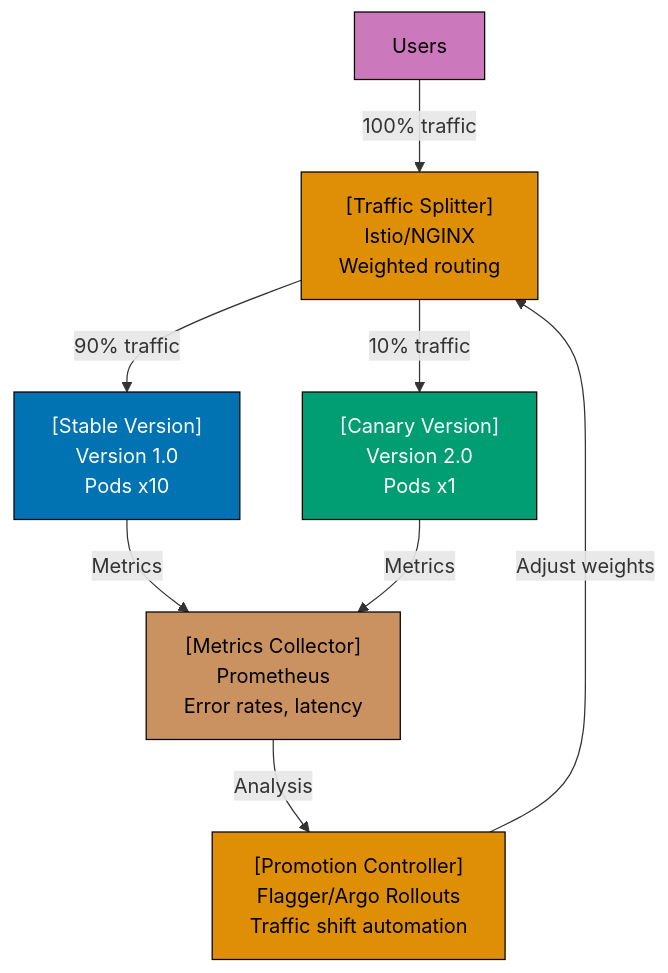
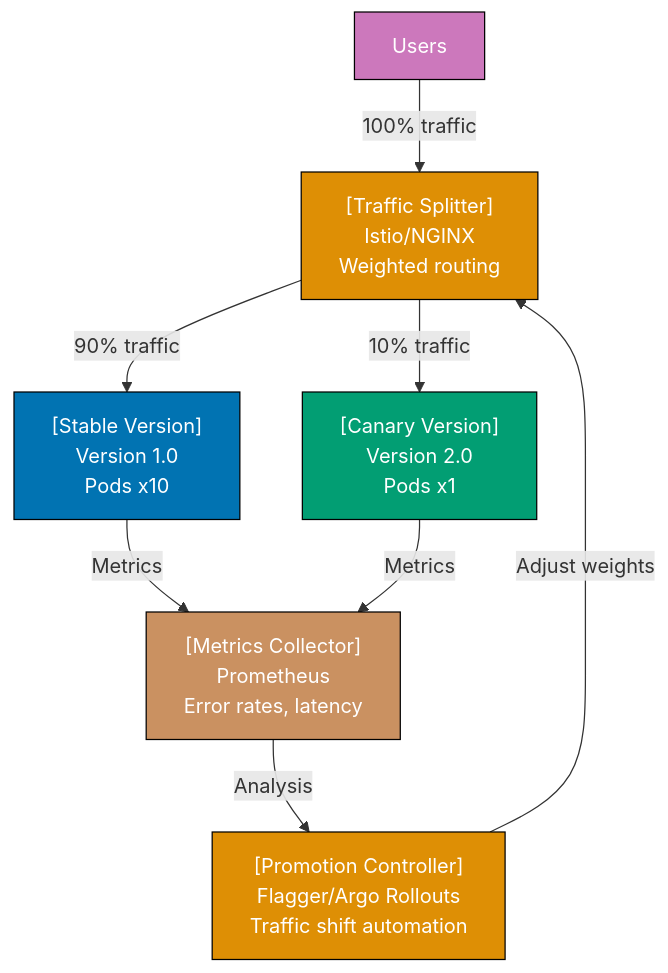
One commit to wahidyankf/open-sharia-enterprise changed diagram 12 of 30 in apps/ayokoding-web/content/en/learn/software-engineering/architecture/c4-architecture-model/by-example/intermediate.md. Above: the diagram before and after it, drawn with Mermaid. The commit also changed other lines of this file and 61 other files, not shown here.

First line of the commit message:
fix(ayokoding-web): quote Mermaid node labels with special characters in Example 63

````diff
--- a/apps/ayokoding-web/content/en/learn/software-engineering/architecture/c4-architecture-model/by-example/intermediate.md
+++ b/apps/ayokoding-web/content/en/learn/software-engineering/architecture/c4-architecture-model/by-example/intermediate.md
@@ -672,31 +672,31 @@
 ```mermaid
 graph TD
     Users["Users"]
 
     TrafficSplitter["[Traffic Splitter]<br/>Istio/NGINX<br/>Weighted routing"]
 
     StableVersion["[Stable Version]<br/>Version 1.0<br/>Pods x10"]
     CanaryVersion["[Canary Version]<br/>Version 2.0<br/>Pods x1"]
 
     MetricsCollector["[Metrics Collector]<br/>Prometheus<br/>Error rates, latency"]
 
     AutomatedPromotion["[Promotion Controller]<br/>Flagger/Argo Rollouts<br/>Traffic shift automation"]
 
     Users -->|100% traffic| TrafficSplitter
 
     TrafficSplitter -->|"90% traffic"| StableVersion
     TrafficSplitter -->|"10% traffic"| CanaryVersion
 
     StableVersion -->|Metrics| MetricsCollector
     CanaryVersion -->|Metrics| MetricsCollector
 
     MetricsCollector -->|"Analysis"| AutomatedPromotion
     AutomatedPromotion -->|"Adjust weights"| TrafficSplitter
 
-    style Users fill:#CC78BC,stroke:#000,color:#000
-    style TrafficSplitter fill:#DE8F05,stroke:#000,color:#000
+    style Users fill:#CC78BC,stroke:#000,color:#fff
+    style TrafficSplitter fill:#DE8F05,stroke:#000,color:#fff
     style StableVersion fill:#0173B2,stroke:#000,color:#fff
     style CanaryVersion fill:#029E73,stroke:#000,color:#fff
-    style MetricsCollector fill:#CA9161,stroke:#000,color:#000
-    style AutomatedPromotion fill:#DE8F05,stroke:#000,color:#000
+    style MetricsCollector fill:#CA9161,stroke:#000,color:#fff
+    style AutomatedPromotion fill:#DE8F05,stroke:#000,color:#fff
 ```
````
